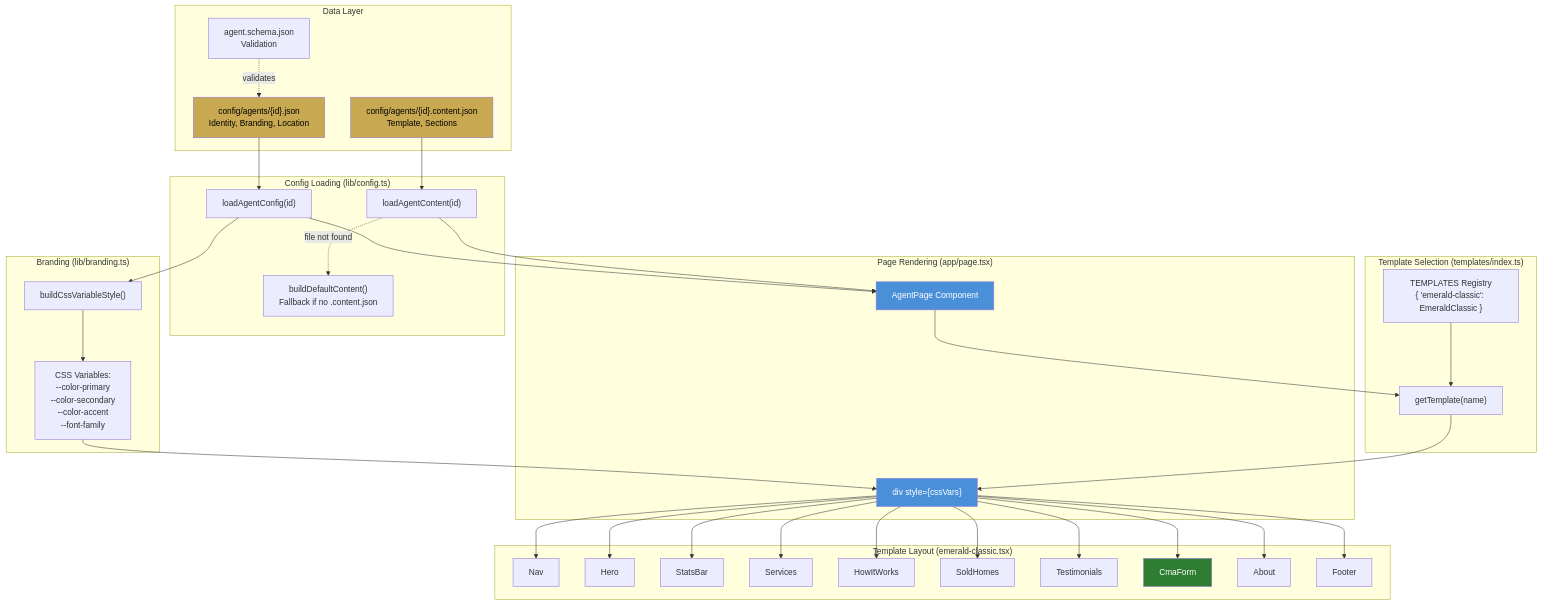
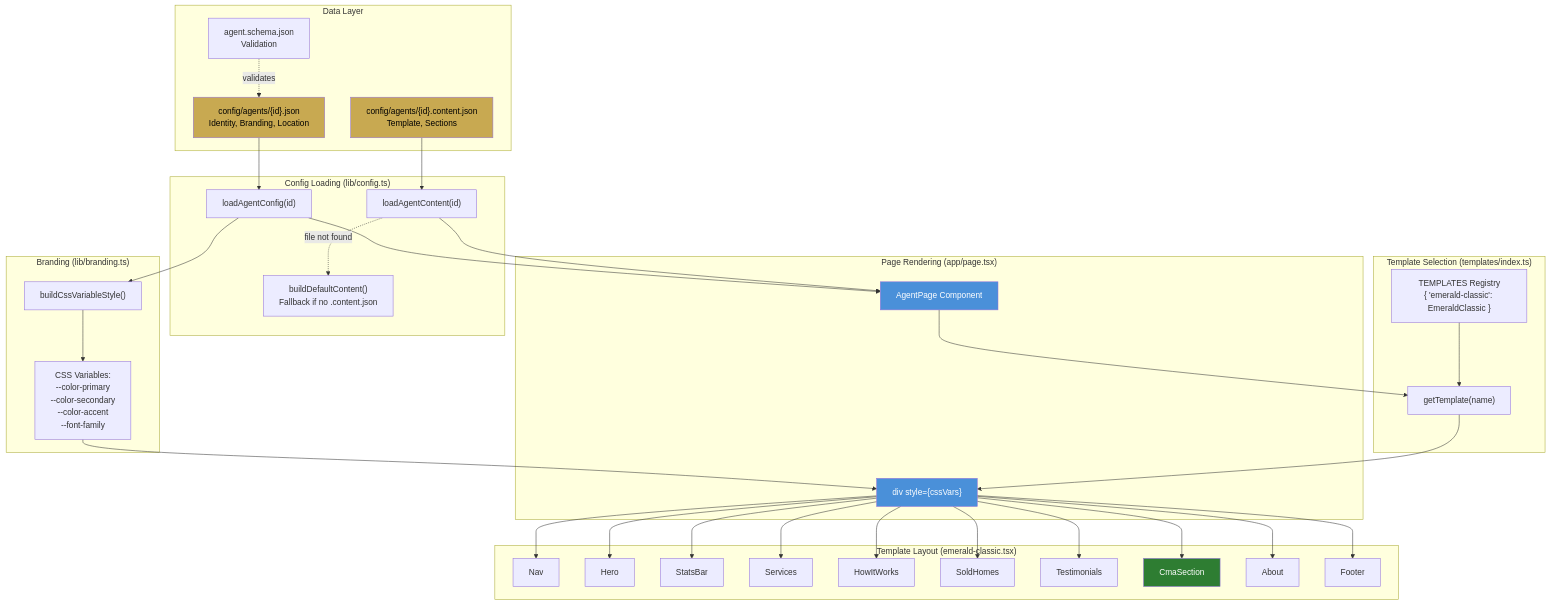
One commit to edward-rosado/jenisesells-website changed the first of 3 diagrams in docs/architecture/template-rendering.md. Above: the diagram before and after it, drawn with Mermaid. The commit also changed other lines of this file and 6 other files, not shown here.

````diff
--- a/docs/architecture/template-rendering.md
+++ b/docs/architecture/template-rendering.md
@@ -5,73 +5,73 @@
 ```mermaid
 flowchart TD
     subgraph "Data Layer"
         agentjson["config/agents/{id}.json<br/>Identity, Branding, Location"]
         contentjson["config/agents/{id}.content.json<br/>Template, Sections"]
         schema["agent.schema.json<br/>Validation"]
     end
 
     subgraph "Config Loading (lib/config.ts)"
         loadConfig["loadAgentConfig(id)"]
         loadContent["loadAgentContent(id)"]
         defaults["buildDefaultContent()<br/>Fallback if no .content.json"]
     end
 
     subgraph "Template Selection (templates/index.ts)"
         registry["TEMPLATES Registry<br/>{ 'emerald-classic': EmeraldClassic }"]
         getTemplate["getTemplate(name)"]
     end
 
     subgraph "Branding (lib/branding.ts)"
         cssVars["buildCssVariableStyle()"]
         vars["CSS Variables:<br/>--color-primary<br/>--color-secondary<br/>--color-accent<br/>--font-family"]
     end
 
     subgraph "Page Rendering (app/page.tsx)"
         page["AgentPage Component"]
         wrapper["div style={cssVars}"]
     end
 
     subgraph "Template Layout (emerald-classic.tsx)"
         nav["Nav"]
         hero["Hero"]
         stats["StatsBar"]
         services["Services"]
         how["HowItWorks"]
         sold["SoldHomes"]
         testimonials["Testimonials"]
-        cmaform["CmaForm"]
+        cmaform["CmaSection"]
         about["About"]
         footer["Footer"]
     end
 
     agentjson --> loadConfig
     contentjson --> loadContent
     loadContent -.->|file not found| defaults
     schema -.->|validates| agentjson
 
     loadConfig --> page
     loadContent --> page
     page --> getTemplate
     registry --> getTemplate
     loadConfig --> cssVars
     cssVars --> vars
     vars --> wrapper
 
     getTemplate --> wrapper
     wrapper --> nav
     wrapper --> hero
     wrapper --> stats
     wrapper --> services
     wrapper --> how
     wrapper --> sold
     wrapper --> testimonials
     wrapper --> cmaform
     wrapper --> about
     wrapper --> footer
 
     style agentjson fill:#C8A951,color:#000
     style contentjson fill:#C8A951,color:#000
     style page fill:#4A90D9,color:#fff
     style wrapper fill:#4A90D9,color:#fff
     style cmaform fill:#2E7D32,color:#fff
 ```
````
